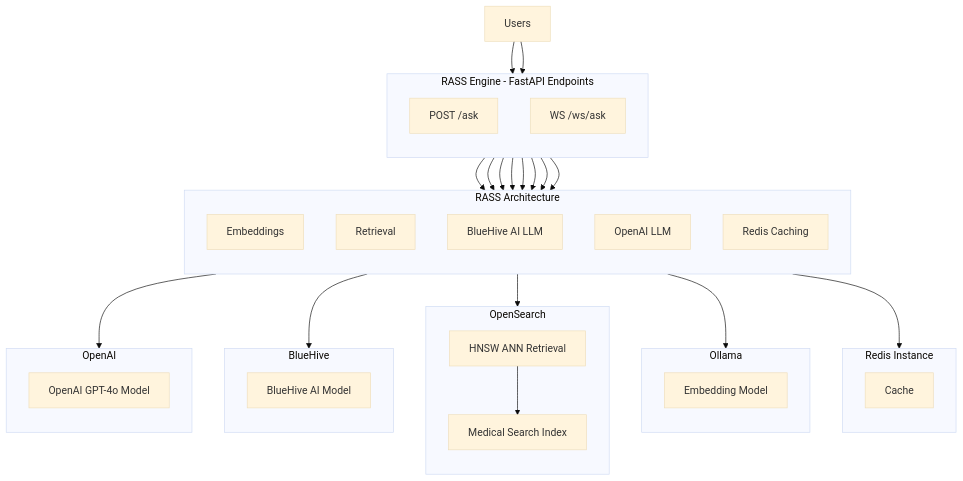
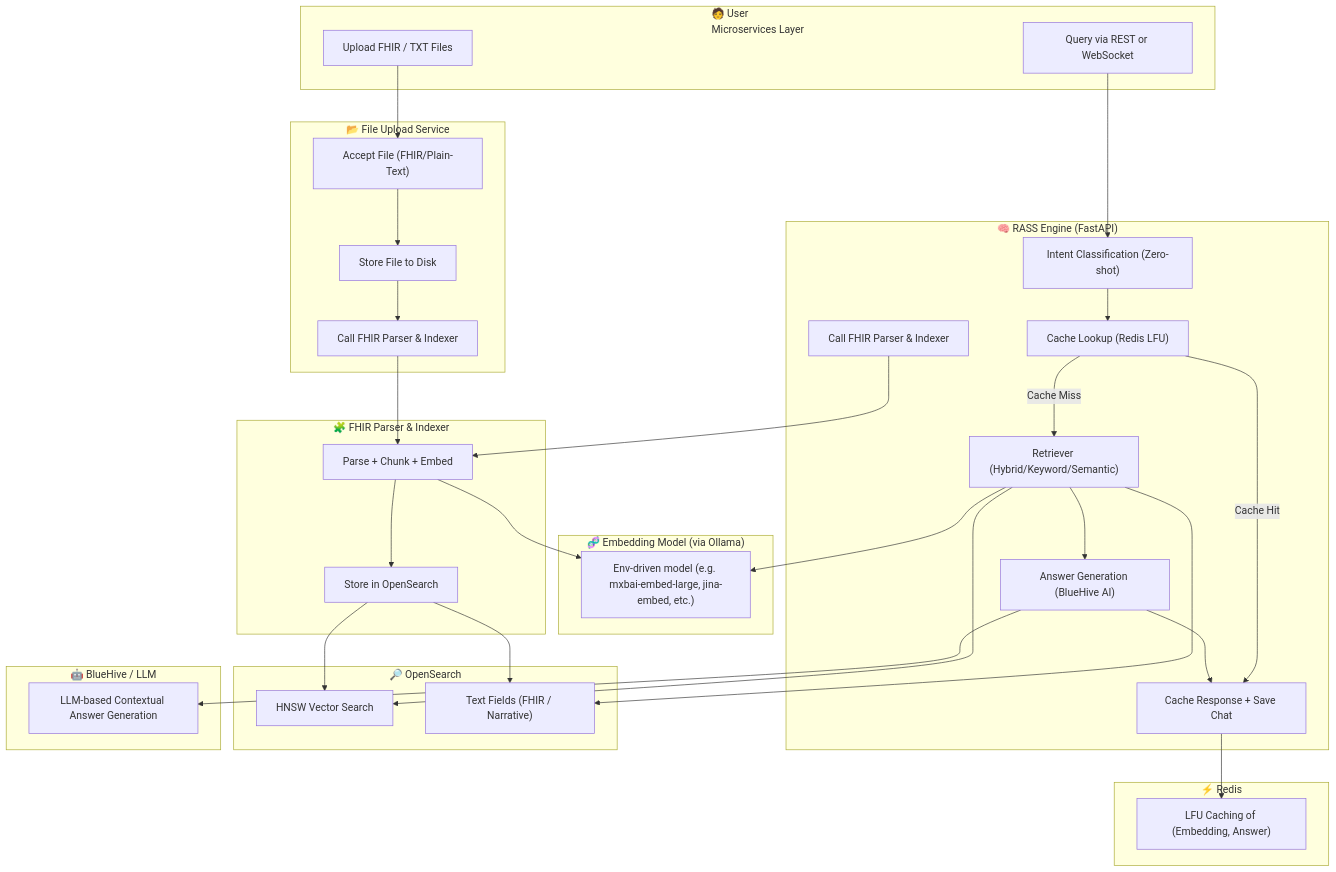
Before and after one commit to NeuralRevenant/RASSEngine: the diagram in README.md, drawn with Mermaid. The commit also changed other lines of this file, not shown here.

````diff
--- a/README.md
+++ b/README.md
@@ -7,66 +17,61 @@
 ```mermaid
----
-config:
-  theme: base
-  themeVariables:
-    primaryColor: #121212
-    secondaryColor: #BB86FC
-    tertiaryColor: #03DAC6
-    primaryTextColor: #E0E0E0
-    secondaryTextColor: #FFFFFF
-    tertiaryTextColor: #FFFFFF
-    lineColor: #BB86FC
-    nodeBorder: #03DAC6
-    clusterBkg: #1F1B24
-    clusterBorder: #BB86FC
-    background: #121212
-    fontFamily: "Fira Code, monospace"
-    outerStrokeWidth: 2px
-    boxShadow: 5px 5px 15px rgba(0, 0, 0, 0.6)
----
 flowchart TD
- subgraph FastAPI["RASS Engine - FastAPI Endpoints"]
-    direction TB
-        C["POST /ask"]
-        D["WS /ws/ask"]
+  subgraph User["🧑 User
+Microservices Layer"]
+    UQ["Query via REST or WebSocket"]
+    UF["Upload FHIR / TXT Files"]
   end
- subgraph RASS_Model["RASS Architecture"]
-    direction TB
-        E["Embeddings"]
-        F["Retrieval"]
-        G1["BlueHive AI LLM"]
-        G2["OpenAI LLM"]
-        H["Redis Caching"]
+
+  subgraph UploadService["📂 File Upload Service"]
+    F1["Accept File (FHIR/Plain-Text)"]
+    F2["Store File to Disk"]
+    F3["Call FHIR Parser & Indexer"]
   end
- subgraph Redis["Redis Instance"]
-    direction TB
-        I["Cache"]
+
+  subgraph FastAPI["🧠 RASS Engine (FastAPI)"]
+    A1["Intent Classification (Zero-shot)"]
+    A2["Cache Lookup (Redis LFU)"]
+    A3["Retriever (Hybrid/Keyword/Semantic)"]
+    A4["Answer Generation (BlueHive AI)"]
+    A5["Cache Response + Save Chat"]
+    A6["Call FHIR Parser & Indexer"]
   end
- subgraph Embedding_Service["Ollama"]
-    direction TB
-        J["Embedding Model"]
+
+  subgraph Embedding["🧬 Embedding Model (via Ollama)"]
+    B1["Env-driven model (e.g. mxbai-embed-large, jina-embed, etc.)"]
   end
- subgraph OpenSearch["OpenSearch"]
-    direction TB
-        L["HNSW ANN Retrieval"]
-        M["Medical Search Index"]
+
+  subgraph OpenSearch["🔎 OpenSearch"]
+    C1["HNSW Vector Search"]
+    C2["Text Fields (FHIR / Narrative)"]
   end
- subgraph BlueHive["BlueHive"]
-    direction TB
-        N["BlueHive AI Model"]
+
+  subgraph Redis["⚡ Redis"]
+    D1["LFU Caching of (Embedding, Answer)"]
   end
- subgraph OpenAI["OpenAI"]
-    direction TB
-        O["OpenAI GPT-4o Model"]
+
+  subgraph BlueHive["🤖 BlueHive / LLM"]
+    E1["LLM-based Contextual Answer Generation"]
   end
-    n1["Users"] --> C & D
-    D --> E & F & G2 & H
-    C --> E & F & G1 & H
-    H --> I
-    E --> J
-    F --> L
-    L --> M
-    G1 --> N
-    G2 --> O
 
+  subgraph FHIRParser["🧩 FHIR Parser & Indexer"]
+    P1["Parse + Chunk + Embed"]
+    P2["Store in OpenSearch"]
+  end
+
+  %% Query Flow
+  UQ --> A1 --> A2
+  A2 -->|Cache Hit| A5
+  A2 -->|Cache Miss| A3
+  A3 --> C1 & C2
+  A3 --> B1
+  A3 --> A4 --> E1
+  A4 --> A5 --> D1
+
+  %% Upload Flow
+  UF --> F1 --> F2 --> F3 --> P1 --> B1
+  P1 --> P2 --> C2 & C1
+
+  %% Ingestion Triggered from RASS
+  A6 --> P1
 ```
````
